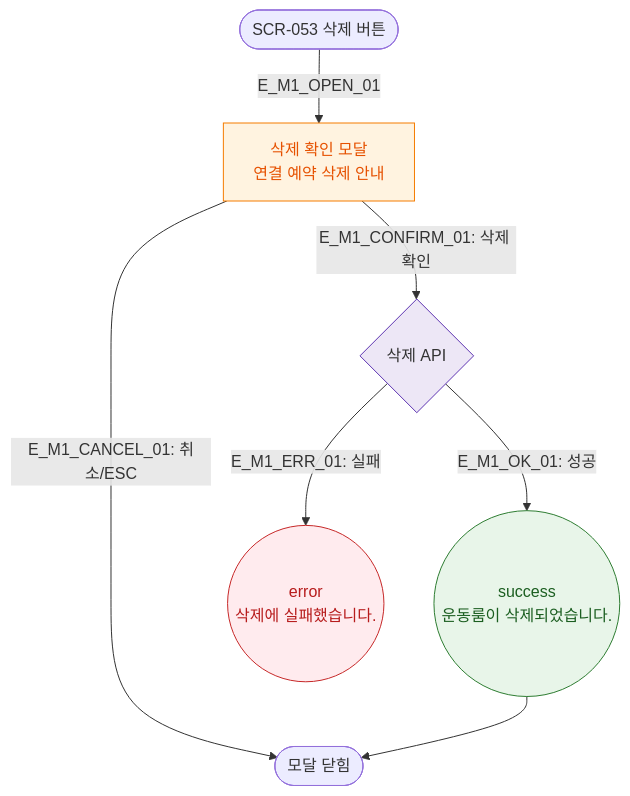
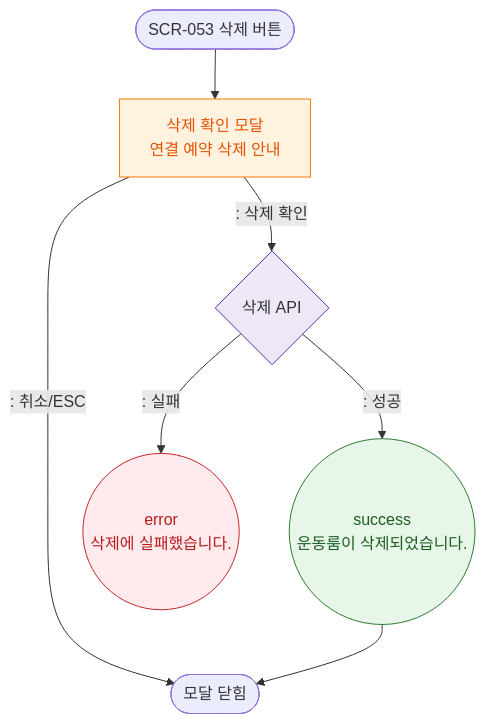
Before and after one commit to dev-spogym/admin-pando: the diagram in docs/다이어그램/D06_시설관리/DLG/DLG-053-002_룸삭제확인/M1_생명주기.md, drawn with Mermaid. The commit also changed other lines of this file and 1660 other files, not shown here.

First line of the commit message:
다이어그램: 기획자/클라이언트 납품본으로 정리

````diff
--- a/docs/다이어그램/D06_시설관리/DLG/DLG-053-002_룸삭제확인/M1_생명주기.md
+++ b/docs/다이어그램/D06_시설관리/DLG/DLG-053-002_룸삭제확인/M1_생명주기.md
@@ -16,18 +14,18 @@
 ```mermaid
 flowchart TD
-    TRIGGER([SCR-053 삭제 버튼]) -->|E_M1_OPEN_01| OPEN[삭제 확인 모달\n연결 예약 삭제 안내]
-    OPEN -->|"E_M1_CONFIRM_01: 삭제 확인"| DeleteAPI{삭제 API}
-    DeleteAPI -->|"E_M1_OK_01: 성공"| SUCCESS((success\n운동룸이 삭제되었습니다.))
-    DeleteAPI -->|"E_M1_ERR_01: 실패"| FAIL((error\n삭제에 실패했습니다.))
-    OPEN -->|"E_M1_CANCEL_01: 취소/ESC"| CLOSED([모달 닫힘])
+    TRIGGER([SCR-053 삭제 버튼]) --> OPEN[삭제 확인 모달\n연결 예약 삭제 안내]
+    OPEN -->|": 삭제 확인"|DeleteAPI{삭제 API}
+    DeleteAPI -->|": 성공"|SUCCESS((success\n운동룸이 삭제되었습니다.))
+    DeleteAPI -->|": 실패"|FAIL((error\n삭제에 실패했습니다.))
+    OPEN -->|": 취소/ESC"|CLOSED([모달 닫힘])
     SUCCESS --> CLOSED
 
     classDef modal fill:#FFF3E0,stroke:#F57C00,color:#E65100
     classDef success fill:#E8F5E9,stroke:#2E7D32,color:#1B5E20
     classDef error fill:#FFEBEE,stroke:#C62828,color:#B71C1C
     classDef system fill:#EDE7F6,stroke:#5E35B2
     class OPEN modal
     class SUCCESS success
     class FAIL error
     class DeleteAPI system
 ```
````
